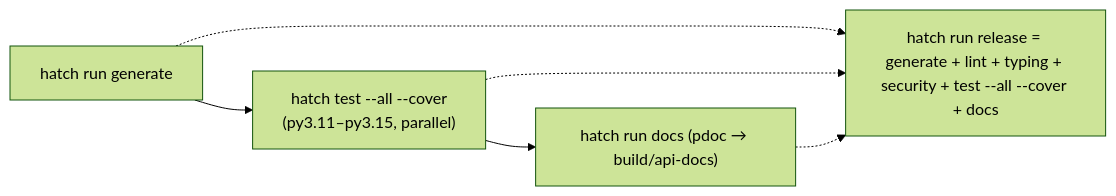
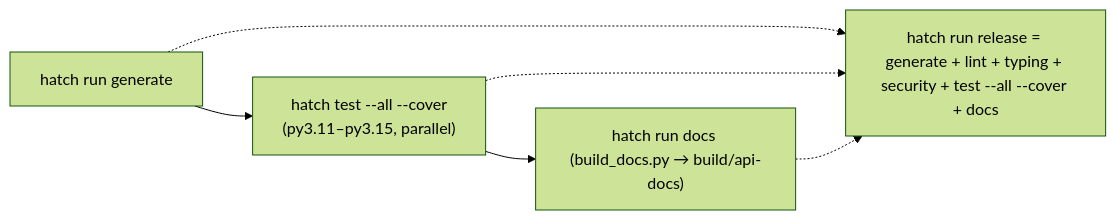
One commit to cairn-proofs/oscal-bindings-python changed the seventh of 8 diagrams in .agents/summary/workflows.md. Above: the diagram before and after it, drawn with Mermaid (forest theme). The commit also changed other lines of this file and 31 other files, not shown here.

````diff
--- a/.agents/summary/workflows.md
+++ b/.agents/summary/workflows.md
@@ -175,8 +175,8 @@
 ```mermaid
 flowchart LR
     G["hatch run generate"] --> T["hatch test --all --cover<br/>(py3.11–py3.15, parallel)"]
-    T --> D["hatch run docs (pdoc → build/api-docs)"]
+    T --> D["hatch run docs (build_docs.py → build/api-docs)"]
     G -.-> R["hatch run release = generate + lint + typing + security + test --all --cover + docs"]
     T -.-> R
     D -.-> R
 ```
````
